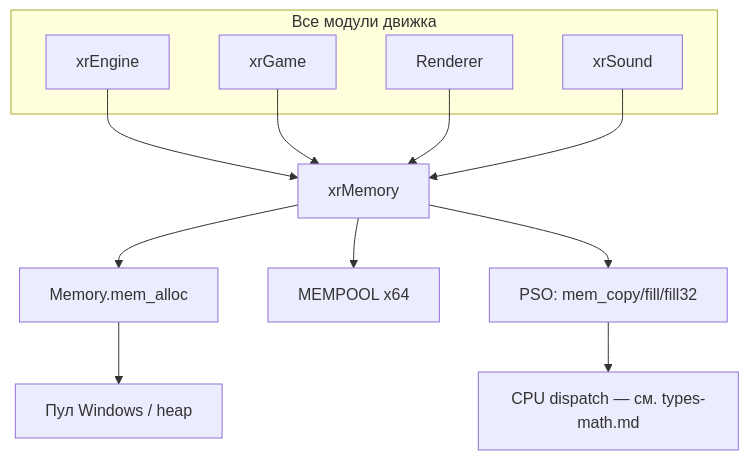
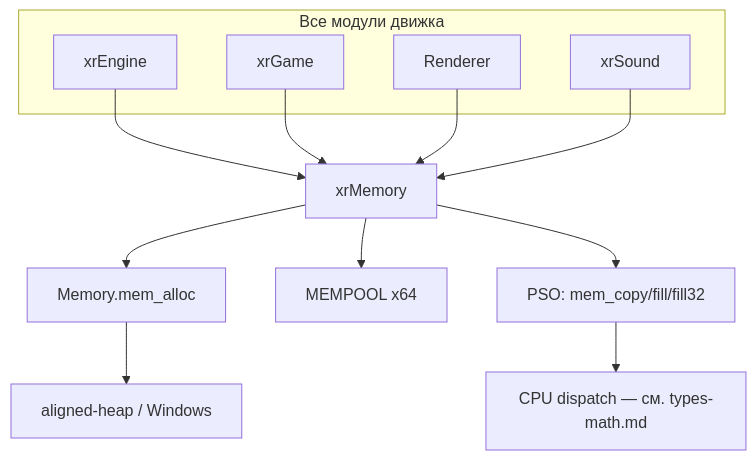
One commit to zaxler116/xray-monolith changed the first of 2 diagrams in docs/docs/modules/xr-core/memory.md. Above: the diagram before and after it, drawn with Mermaid. The commit also changed other lines of this file and 23 other files, not shown here.

````diff
--- a/docs/docs/modules/xr-core/memory.md
+++ b/docs/docs/modules/xr-core/memory.md
@@ -141,18 +230,18 @@
 ```mermaid
 graph TD
     subgraph Все модули движка
         A[xrEngine]
         B[xrGame]
         C[Renderer]
         D[xrSound]
     end
     E[xrMemory] --> F[Memory.mem_alloc]
     A --> E
     B --> E
     C --> E
     D --> E
-    F --> G[Пул Windows / heap]
+    F --> G[aligned-heap / Windows]
     E --> H[MEMPOOL x64]
     E --> I[PSO: mem_copy/fill/fill32]
     I --> J[CPU dispatch — см. types-math.md]
 ```
````
